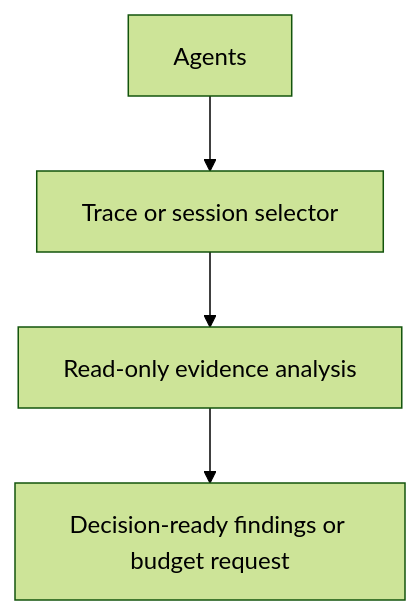
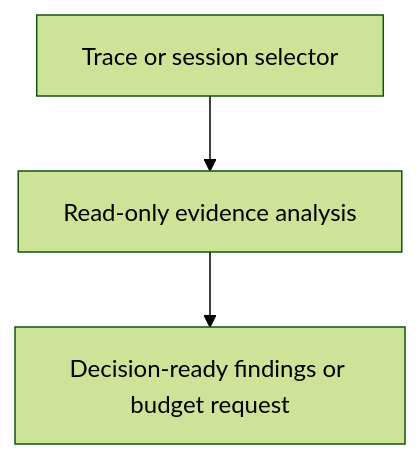
One commit to abstract-business-systems/as-is changed the diagram in agents/execution-advisor/as-is.md. Above: the diagram before and after it, drawn with Mermaid (forest theme). The commit also changed other lines of this file and 51 other files, not shown here.

Commit message:
docs(as-is): improve hierarchical architecture documentation

````diff
--- a/agents/execution-advisor/as-is.md
+++ b/agents/execution-advisor/as-is.md
@@ -16,8 +16,5 @@
 ```mermaid
 flowchart TD
-    Parent["Agents"] --> A["Trace or session selector"]
-    A --> B["Read-only evidence analysis"]
+    A["Trace or session selector"] --> B["Read-only evidence analysis"]
     B --> C["Decision-ready findings or budget request"]
-
-    click Parent href "../as-is.md#design" "Open Agents design"
 ```
````
